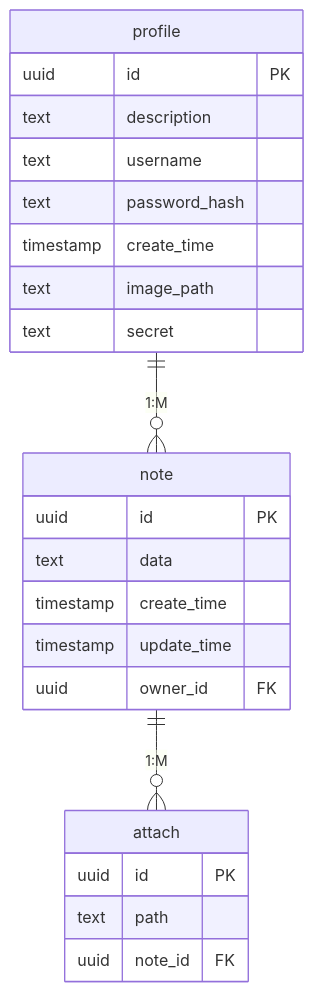
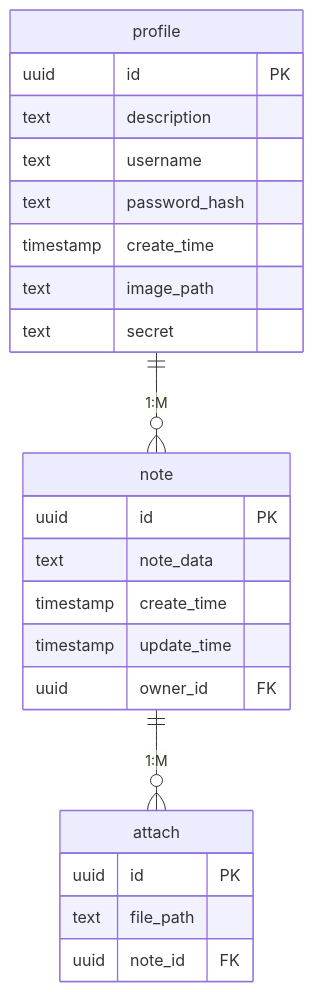
The diagram in db/normalized/er_diagram.mmd (go-park-mail-ru/2024_1_scratch_senior_devs), drawn with Mermaid before and after one commit. The commit also changed 3 other files, not shown here.

```diff
--- a/db/normalized/er_diagram.mmd
+++ b/db/normalized/er_diagram.mmd
@@ -1,24 +1,24 @@
 erDiagram
     profile {
         uuid id PK
         text description
         text username
         text password_hash
         timestamp create_time
         text image_path
         text secret
     }
     note {
         uuid id PK
-        text data
+        text note_data
         timestamp create_time
         timestamp update_time
         uuid owner_id FK
     }
     attach {
         uuid id PK
-        text path
+        text file_path
         uuid note_id FK
     }
     profile ||--o{ note : "1:M"
     note ||--o{ attach : "1:M"
```
